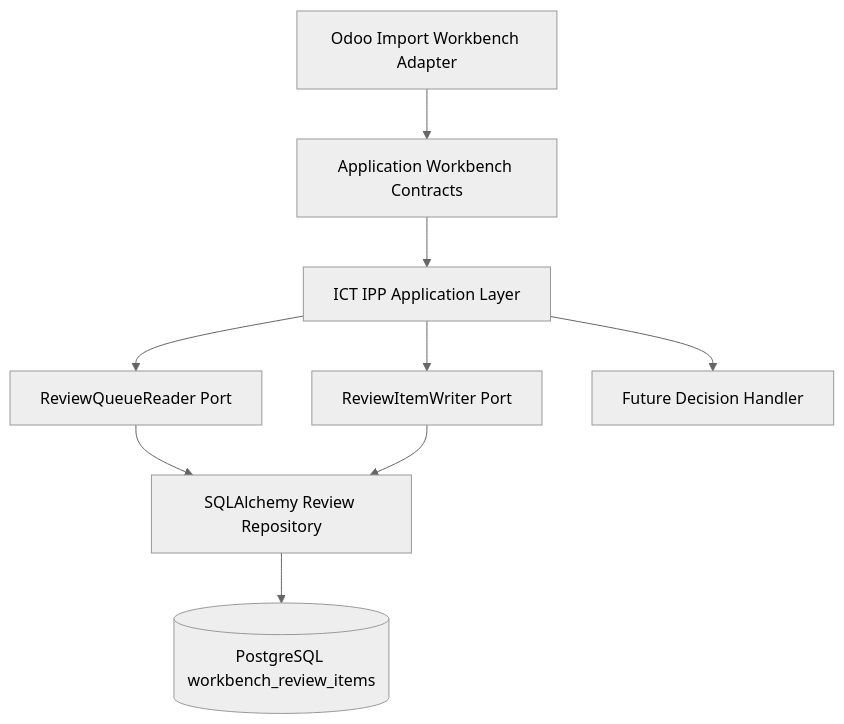
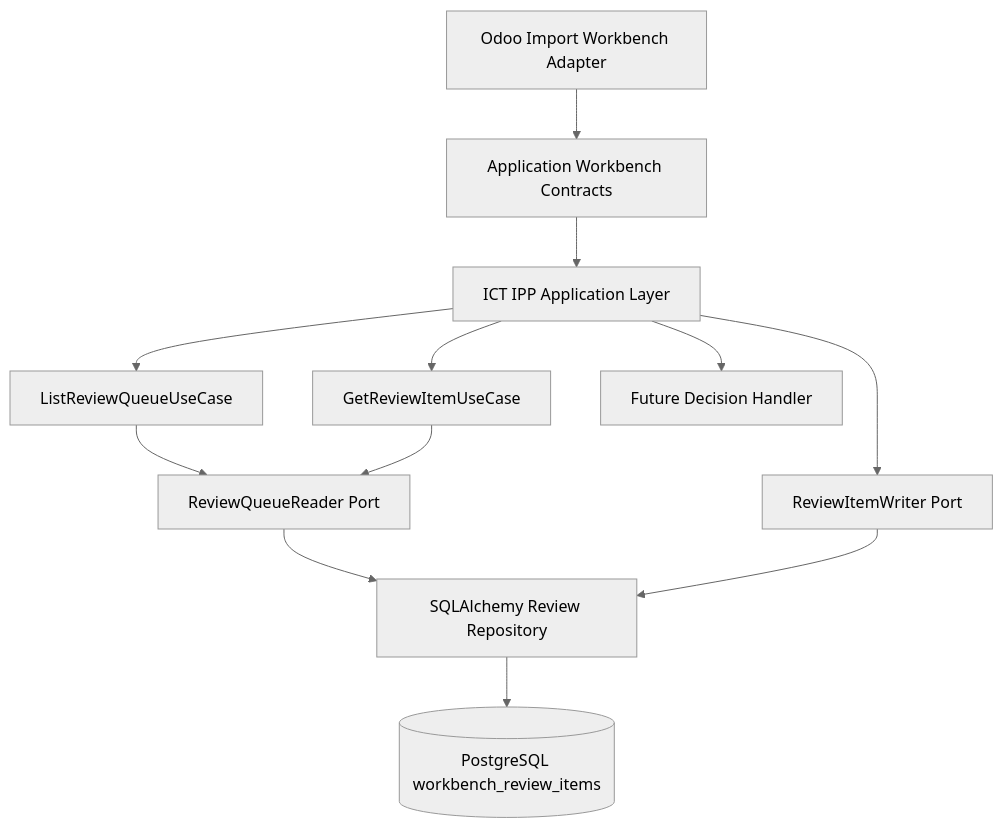
Before and after one commit to odurmazoglu/ict-integration-hub: the fifth of 7 diagrams in docs/APPLICATION_LAYER.md, drawn with Mermaid (neutral theme). The commit also changed other lines of this file and 7 other files, not shown here.

````diff
--- a/docs/APPLICATION_LAYER.md
+++ b/docs/APPLICATION_LAYER.md
@@ -323,20 +331,25 @@
 ```mermaid
 flowchart TB
     Workbench[Odoo Import Workbench Adapter]
     Contracts[Application Workbench Contracts]
     Hub[ICT IPP Application Layer]
     Reader[ReviewQueueReader Port]
+    ListUseCase[ListReviewQueueUseCase]
+    GetUseCase[GetReviewItemUseCase]
     Writer[ReviewItemWriter Port]
     Repository[SQLAlchemy Review Repository]
     Database[(PostgreSQL workbench_review_items)]
     FutureHandler[Future Decision Handler]
 
     Workbench --> Contracts
     Contracts --> Hub
-    Hub --> Reader
+    Hub --> ListUseCase
+    Hub --> GetUseCase
+    ListUseCase --> Reader
+    GetUseCase --> Reader
     Hub --> Writer
     Reader --> Repository
     Writer --> Repository
     Repository --> Database
     Hub --> FutureHandler
 ```
````
